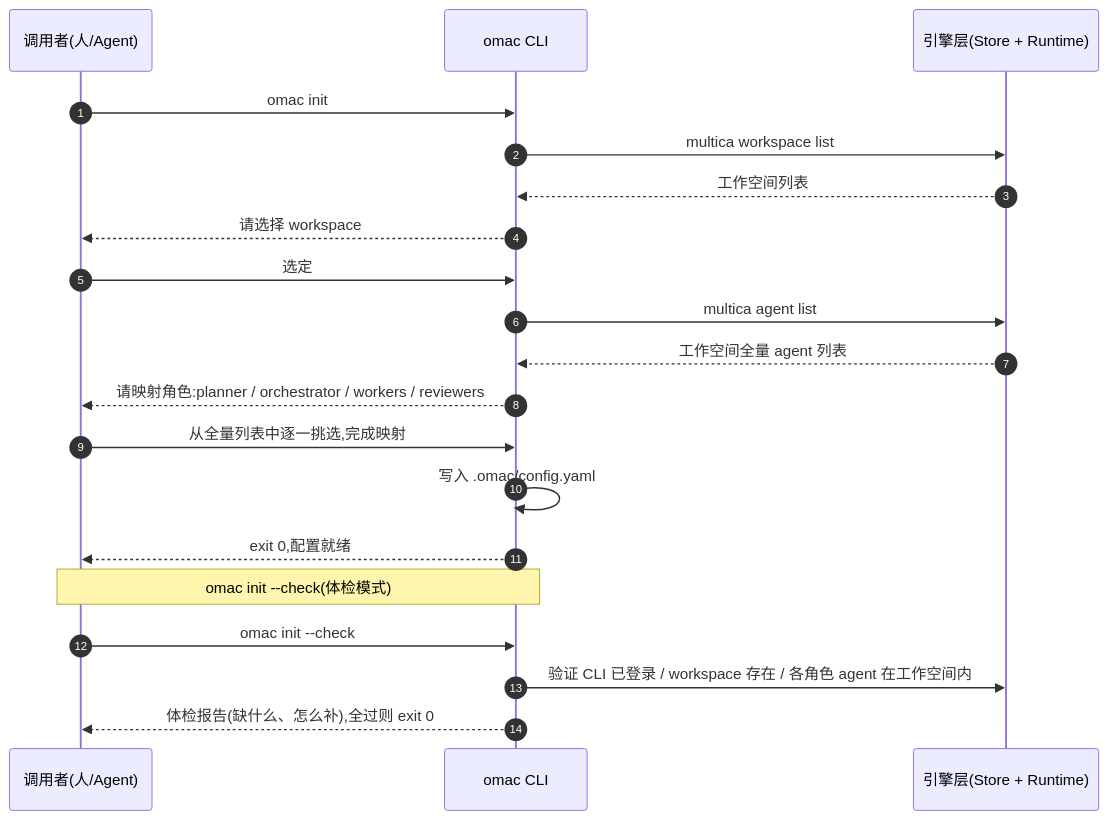
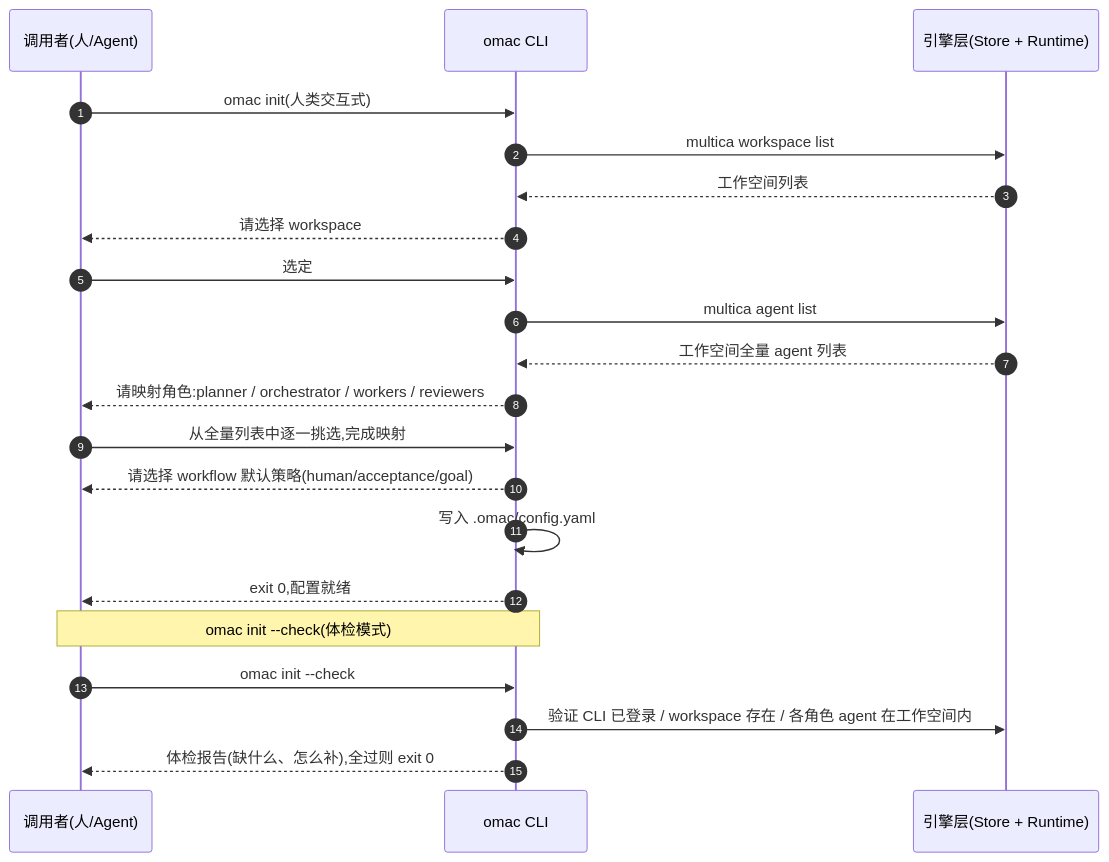
One commit to xiaohei-info/oh-my-multica changed the second of 7 diagrams in docs/omac-cli-design.md. Above: the diagram before and after it, drawn with Mermaid. The commit also changed other lines of this file and 10 other files, not shown here.

Commit message:
feat: configure omac workflow defaults

````diff
--- a/docs/omac-cli-design.md
+++ b/docs/omac-cli-design.md
@@ -243,24 +250,25 @@
 ```mermaid
 sequenceDiagram
     autonumber
     participant U as 调用者(人/Agent)
     participant C as omac CLI
     participant M as 引擎层(Store + Runtime)
 
-    U->>C: omac init
+    U->>C: omac init(人类交互式)
     C->>M: multica workspace list
     M-->>C: 工作空间列表
     C-->>U: 请选择 workspace
     U->>C: 选定
     C->>M: multica agent list
     M-->>C: 工作空间全量 agent 列表
     C-->>U: 请映射角色:planner / orchestrator / workers / reviewers
     U->>C: 从全量列表中逐一挑选,完成映射
+    C-->>U: 请选择 workflow 默认策略(human/acceptance/goal)
     C->>C: 写入 .omac/config.yaml
     C-->>U: exit 0,配置就绪
 
     Note over U,C: omac init --check(体检模式)
     U->>C: omac init --check
     C->>M: 验证 CLI 已登录 / workspace 存在 / 各角色 agent 在工作空间内
     C-->>U: 体检报告(缺什么、怎么补),全过则 exit 0
 ```
````
